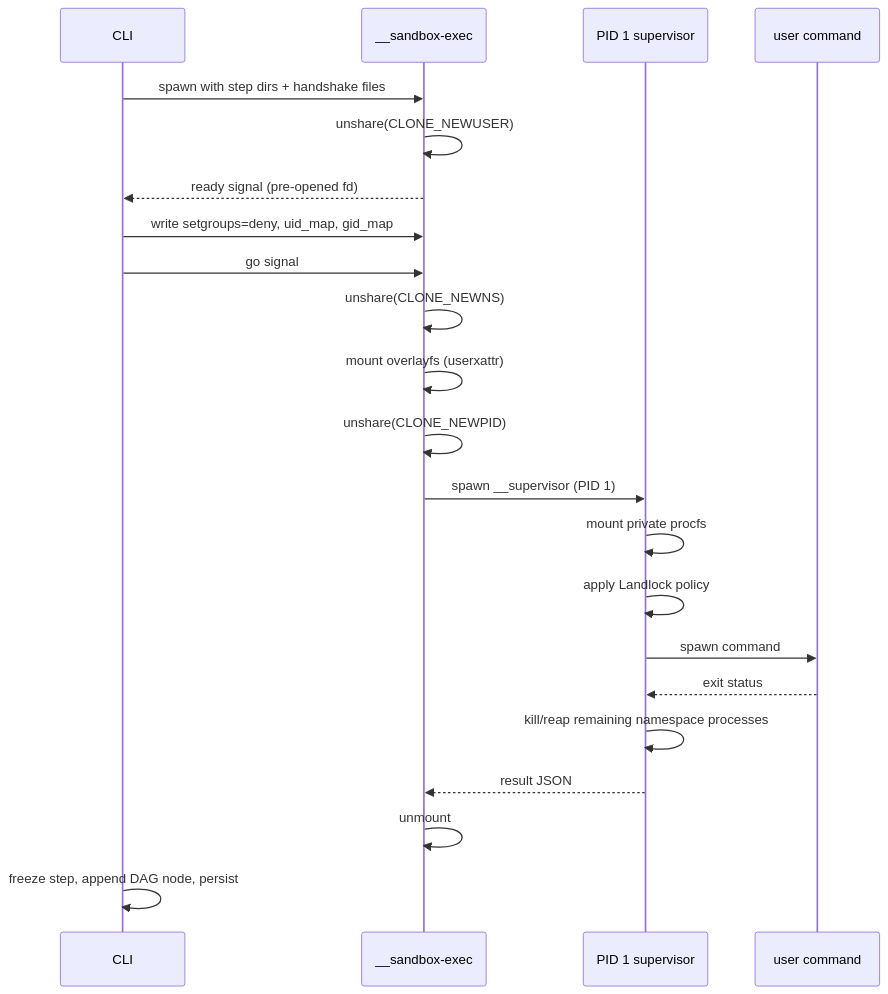
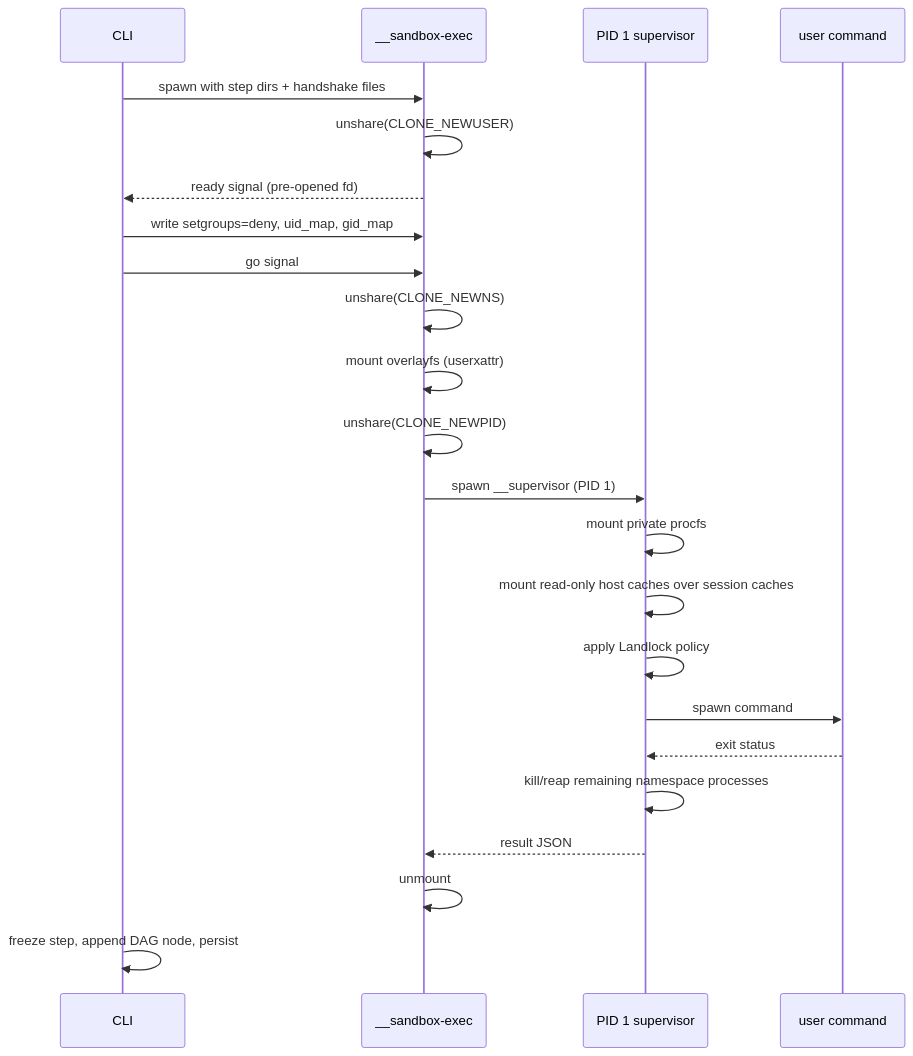
One commit to BangShou1st/cowbox changed the diagram in docs/ARCHITECTURE.md. Above: the diagram before and after it, drawn with Mermaid. The commit also changed other lines of this file and 20 other files, not shown here.

First line of the commit message:
feat: reuse read-only host caches

````diff
--- a/docs/ARCHITECTURE.md
+++ b/docs/ARCHITECTURE.md
@@ -111,24 +112,25 @@
 ```mermaid
 sequenceDiagram
     participant CLI
     participant Helper as __sandbox-exec
     participant Sup as PID 1 supervisor
     participant Cmd as user command
     CLI->>Helper: spawn with step dirs + handshake files
     Helper->>Helper: unshare(CLONE_NEWUSER)
     Helper-->>CLI: ready signal (pre-opened fd)
     CLI->>Helper: write setgroups=deny, uid_map, gid_map
     CLI->>Helper: go signal
     Helper->>Helper: unshare(CLONE_NEWNS)
     Helper->>Helper: mount overlayfs (userxattr)
     Helper->>Helper: unshare(CLONE_NEWPID)
     Helper->>Sup: spawn __supervisor (PID 1)
     Sup->>Sup: mount private procfs
+    Sup->>Sup: mount read-only host caches over session caches
     Sup->>Sup: apply Landlock policy
     Sup->>Cmd: spawn command
     Cmd-->>Sup: exit status
     Sup->>Sup: kill/reap remaining namespace processes
     Sup-->>Helper: result JSON
     Helper->>Helper: unmount
     CLI->>CLI: freeze step, append DAG node, persist
 ```
````
